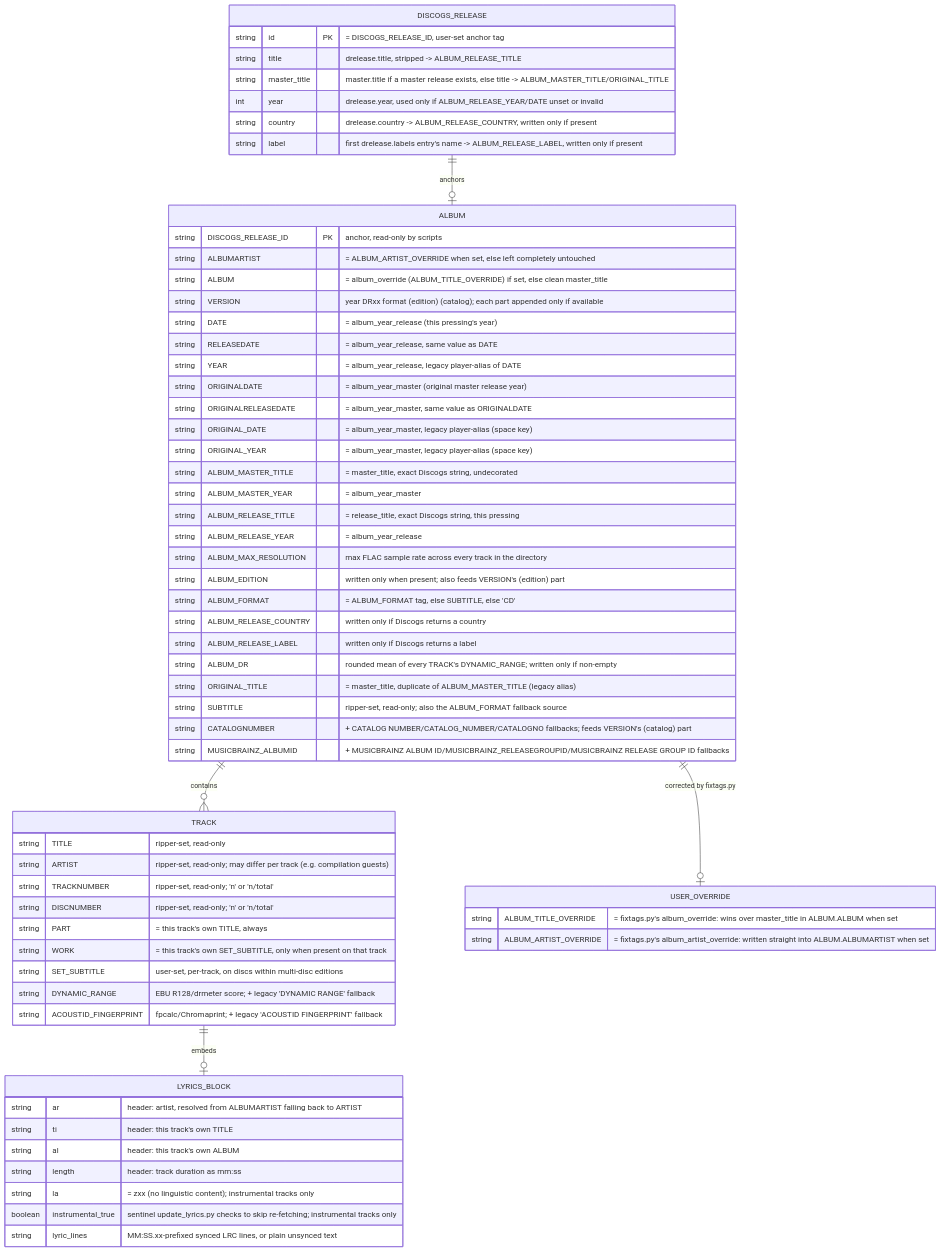
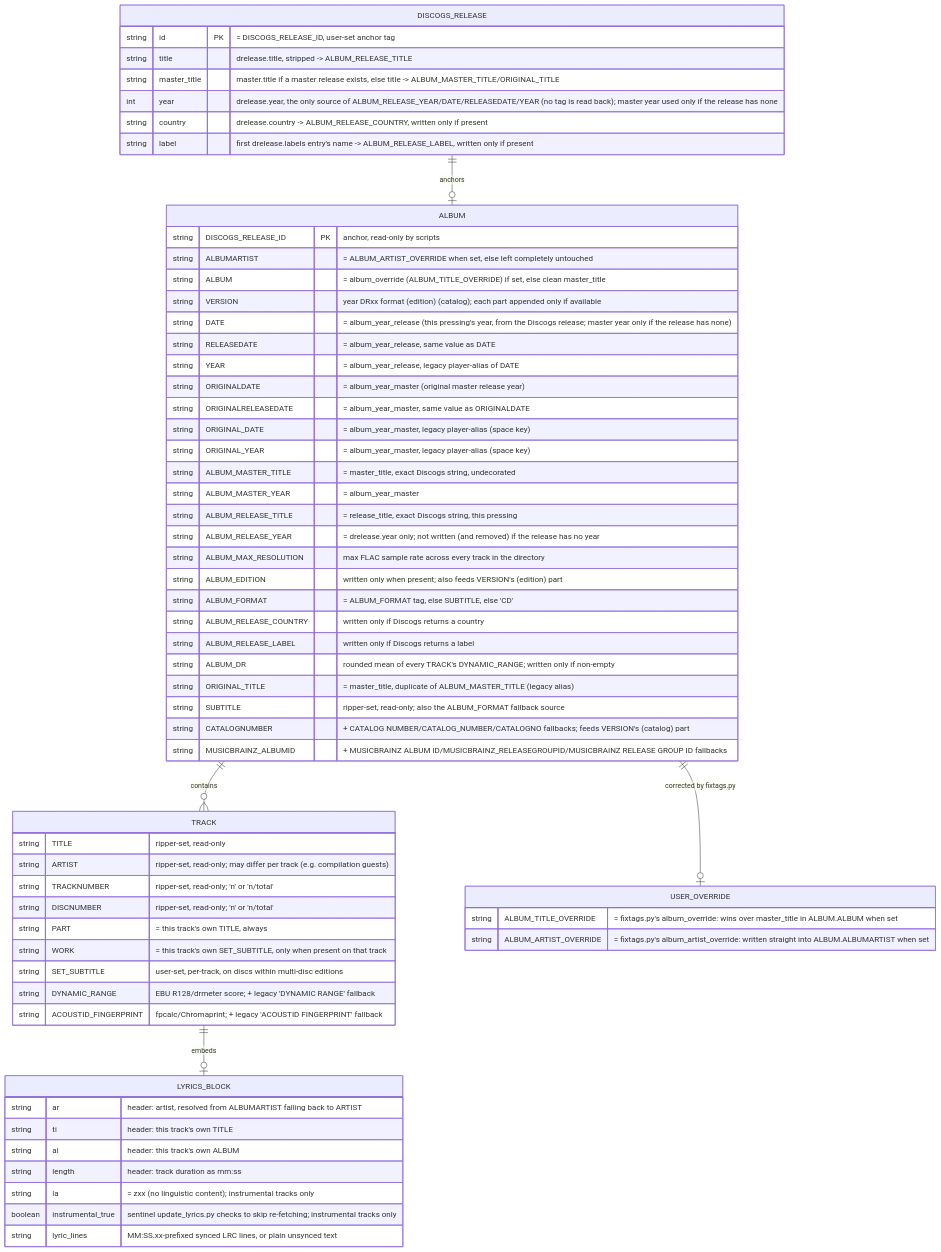
One commit to koehntopp/discogs changed the diagram in docs/tag-schema.md. Above: the diagram before and after it, drawn with Mermaid. The commit also changed 5 other files, not shown here.

First line of the commit message:
fix: derive release year only from the Discogs release, document Discogs as system of record

````diff
--- a/docs/tag-schema.md
+++ b/docs/tag-schema.md
@@ -7,71 +7,71 @@
 ```mermaid
 erDiagram
     DISCOGS_RELEASE ||--o| ALBUM : anchors
     ALBUM ||--o{ TRACK : contains
     ALBUM ||--o| USER_OVERRIDE : "corrected by fixtags.py"
     TRACK ||--o| LYRICS_BLOCK : embeds
 
     DISCOGS_RELEASE {
         string id PK "= DISCOGS_RELEASE_ID, user-set anchor tag"
         string title "drelease.title, stripped -> ALBUM_RELEASE_TITLE"
         string master_title "master.title if a master release exists, else title -> ALBUM_MASTER_TITLE/ORIGINAL_TITLE"
-        int year "drelease.year, used only if ALBUM_RELEASE_YEAR/DATE unset or invalid"
+        int year "drelease.year, the only source of ALBUM_RELEASE_YEAR/DATE/RELEASEDATE/YEAR (no tag is read back); master year used only if the release has none"
         string country "drelease.country -> ALBUM_RELEASE_COUNTRY, written only if present"
         string label "first drelease.labels entry's name -> ALBUM_RELEASE_LABEL, written only if present"
     }
 
     USER_OVERRIDE {
         string ALBUM_TITLE_OVERRIDE "= fixtags.py's album_override: wins over master_title in ALBUM.ALBUM when set"
         string ALBUM_ARTIST_OVERRIDE "= fixtags.py's album_artist_override: written straight into ALBUM.ALBUMARTIST when set"
     }
 
     ALBUM {
         string DISCOGS_RELEASE_ID PK "anchor, read-only by scripts"
         string ALBUMARTIST "= ALBUM_ARTIST_OVERRIDE when set, else left completely untouched"
         string ALBUM "= album_override (ALBUM_TITLE_OVERRIDE) if set, else clean master_title"
         string VERSION "year DRxx format (edition) (catalog); each part appended only if available"
-        string DATE "= album_year_release (this pressing's year)"
+        string DATE "= album_year_release (this pressing's year, from the Discogs release; master year only if the release has none)"
         string RELEASEDATE "= album_year_release, same value as DATE"
         string YEAR "= album_year_release, legacy player-alias of DATE"
         string ORIGINALDATE "= album_year_master (original master release year)"
         string ORIGINALRELEASEDATE "= album_year_master, same value as ORIGINALDATE"
         string ORIGINAL_DATE "= album_year_master, legacy player-alias (space key)"
         string ORIGINAL_YEAR "= album_year_master, legacy player-alias (space key)"
         string ALBUM_MASTER_TITLE "= master_title, exact Discogs string, undecorated"
         string ALBUM_MASTER_YEAR "= album_year_master"
         string ALBUM_RELEASE_TITLE "= release_title, exact Discogs string, this pressing"
-        string ALBUM_RELEASE_YEAR "= album_year_release"
+        string ALBUM_RELEASE_YEAR "= drelease.year only; not written (and removed) if the release has no year"
         string ALBUM_MAX_RESOLUTION "max FLAC sample rate across every track in the directory"
         string ALBUM_EDITION "written only when present; also feeds VERSION's (edition) part"
         string ALBUM_FORMAT "= ALBUM_FORMAT tag, else SUBTITLE, else 'CD'"
         string ALBUM_RELEASE_COUNTRY "written only if Discogs returns a country"
         string ALBUM_RELEASE_LABEL "written only if Discogs returns a label"
         string ALBUM_DR "rounded mean of every TRACK's DYNAMIC_RANGE; written only if non-empty"
         string ORIGINAL_TITLE "= master_title, duplicate of ALBUM_MASTER_TITLE (legacy alias)"
         string SUBTITLE "ripper-set, read-only; also the ALBUM_FORMAT fallback source"
         string CATALOGNUMBER "+ CATALOG NUMBER/CATALOG_NUMBER/CATALOGNO fallbacks; feeds VERSION's (catalog) part"
         string MUSICBRAINZ_ALBUMID "+ MUSICBRAINZ ALBUM ID/MUSICBRAINZ_RELEASEGROUPID/MUSICBRAINZ RELEASE GROUP ID fallbacks"
     }
 
     TRACK {
         string TITLE "ripper-set, read-only"
         string ARTIST "ripper-set, read-only; may differ per track (e.g. compilation guests)"
         string TRACKNUMBER "ripper-set, read-only; 'n' or 'n/total'"
         string DISCNUMBER "ripper-set, read-only; 'n' or 'n/total'"
         string PART "= this track's own TITLE, always"
         string WORK "= this track's own SET_SUBTITLE, only when present on that track"
         string SET_SUBTITLE "user-set, per-track, on discs within multi-disc editions"
         string DYNAMIC_RANGE "EBU R128/drmeter score; + legacy 'DYNAMIC RANGE' fallback"
         string ACOUSTID_FINGERPRINT "fpcalc/Chromaprint; + legacy 'ACOUSTID FINGERPRINT' fallback"
     }
 
     LYRICS_BLOCK {
         string ar "header: artist, resolved from ALBUMARTIST falling back to ARTIST"
         string ti "header: this track's own TITLE"
         string al "header: this track's own ALBUM"
         string length "header: track duration as mm:ss"
         string la "= zxx (no linguistic content); instrumental tracks only"
         boolean instrumental_true "sentinel update_lyrics.py checks to skip re-fetching; instrumental tracks only"
         string lyric_lines "MM:SS.xx-prefixed synced LRC lines, or plain unsynced text"
     }
 ```
````
